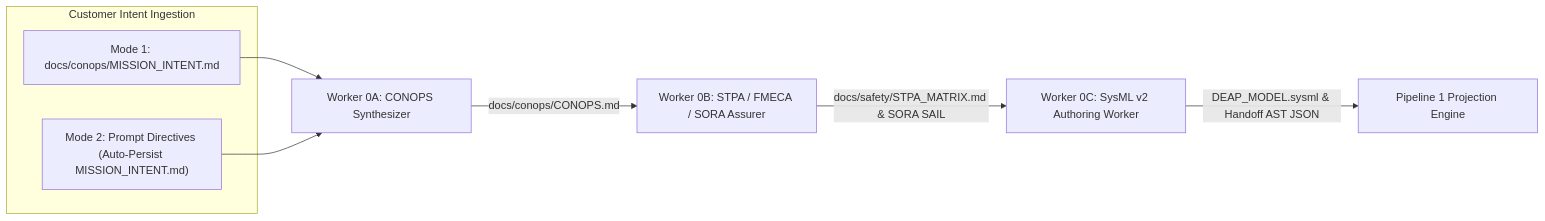
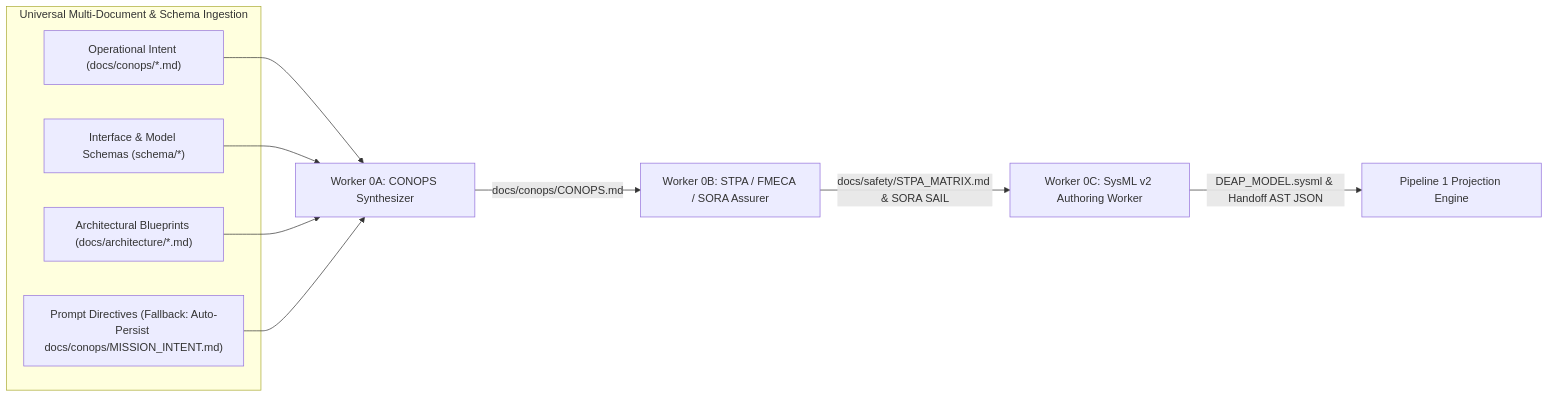
Before and after one commit to gintatkinson/DEAP-profile-vhdl-hardware: the first of 2 diagrams in README.md, drawn with Mermaid. The commit also changed other lines of this file, not shown here.

Commit message:
fix(conops): add Universal Multi-Document & Schema Ingestion for Worker 0A (#37) (README.md)

````diff
--- a/README.md
+++ b/README.md
@@ -375,12 +375,16 @@
 ```mermaid
 flowchart LR
-    subgraph Ingestion["Customer Intent Ingestion"]
-        Mode1["Mode 1: docs/conops/MISSION_INTENT.md"]
-        Mode2["Mode 2: Prompt Directives (Auto-Persist MISSION_INTENT.md)"]
+    subgraph Ingestion["Universal Multi-Document & Schema Ingestion"]
+        Doc1["Operational Intent (docs/conops/*.md)"]
+        Doc2["Interface & Model Schemas (schema/*)"]
+        Doc3["Architectural Blueprints (docs/architecture/*.md)"]
+        Doc4["Prompt Directives (Fallback: Auto-Persist docs/conops/MISSION_INTENT.md)"]
     end
-    Mode1 --> Worker_0A["Worker 0A: CONOPS Synthesizer"]
-    Mode2 --> Worker_0A
+    Doc1 --> Worker_0A["Worker 0A: CONOPS Synthesizer"]
+    Doc2 --> Worker_0A
+    Doc3 --> Worker_0A
+    Doc4 --> Worker_0A
     Worker_0A -->|"docs/conops/CONOPS.md"| Worker_0B["Worker 0B: STPA / FMECA / SORA Assurer"]
     Worker_0B -->|"docs/safety/STPA_MATRIX.md & SORA SAIL"| Worker_0C["Worker 0C: SysML v2 Authoring Worker"]
     Worker_0C -->|"DEAP_MODEL.sysml & Handoff AST JSON"| Pipeline_1["Pipeline 1 Projection Engine"]
 ```
````
